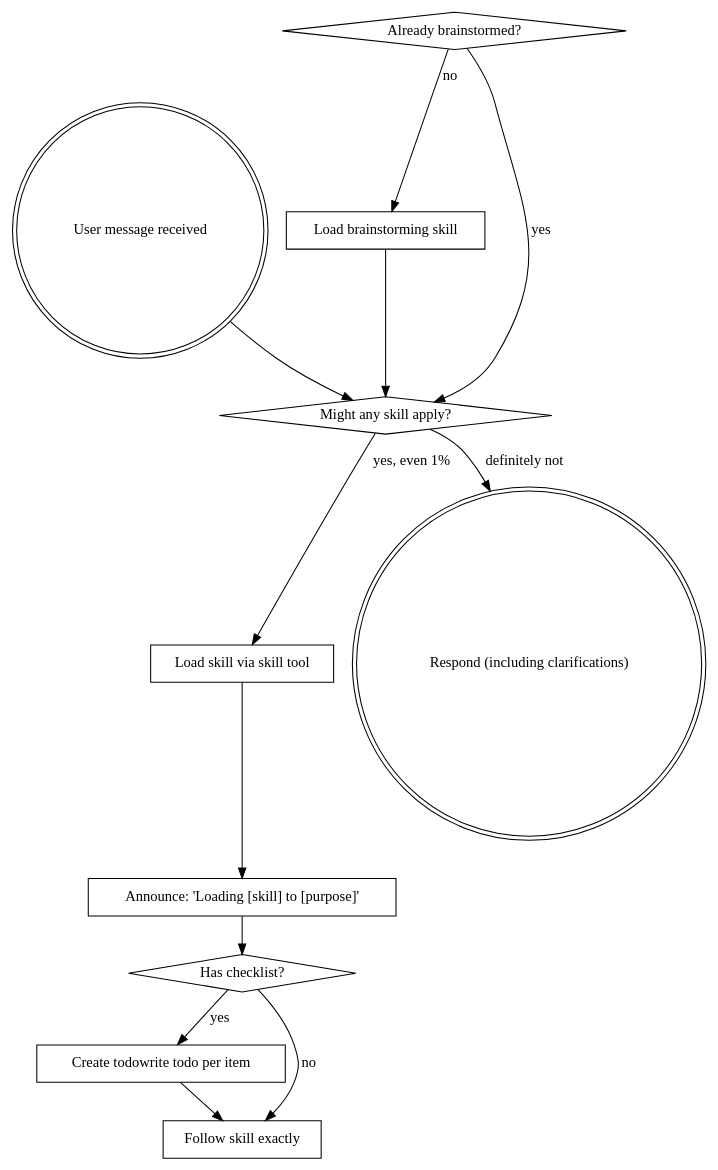
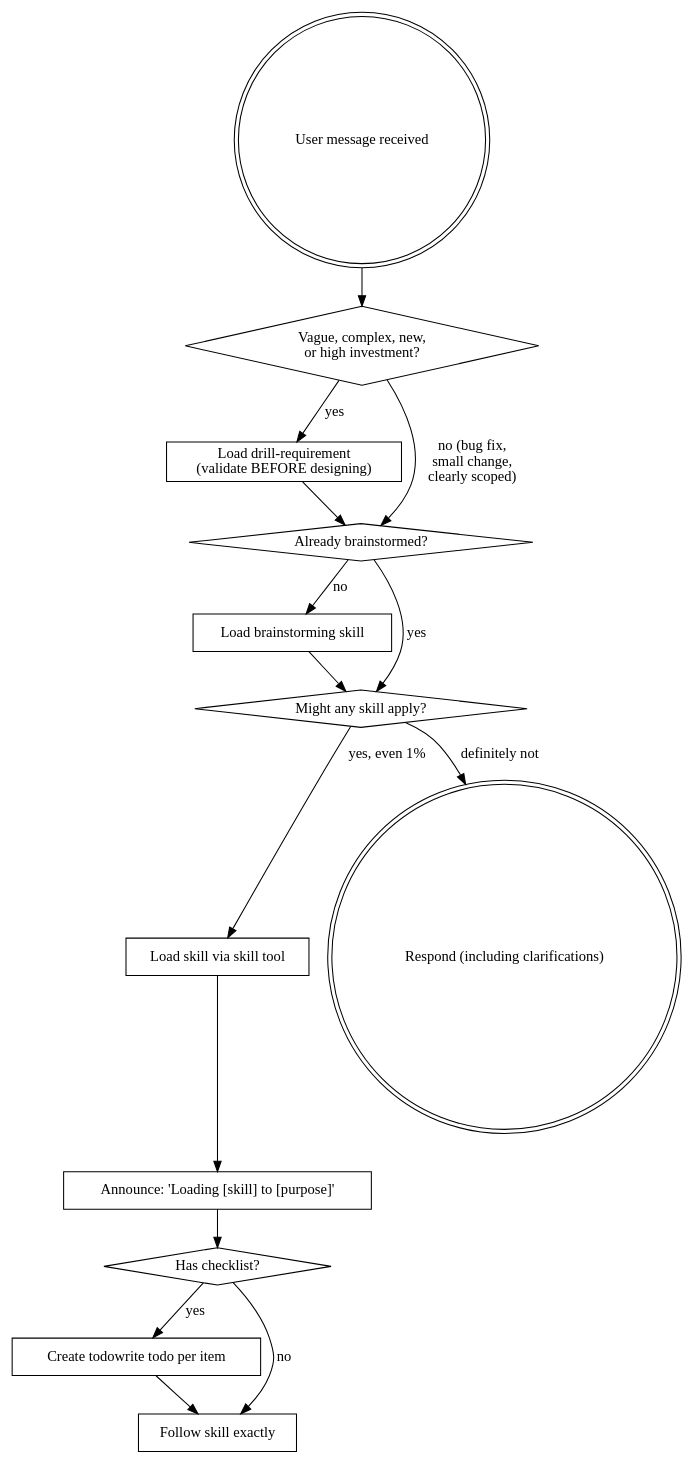
One commit to rimesoul/superpowers.opencode changed the diagram in skills/using-superpowers/SKILL.md. Above: the diagram before and after it, drawn with Graphviz. The commit also changed other lines of this file, not shown here.

First line of the commit message:
fix: enforce drill-requirement gate before brainstorming in skill priority and flowchart

````diff
--- a/skills/using-superpowers/SKILL.md
+++ b/skills/using-superpowers/SKILL.md
@@ -53,27 +53,33 @@
 ```dot
 digraph skill_flow {
     "User message received" [shape=doublecircle];
+    "Vague, complex, new,\nor high investment?" [shape=diamond];
+    "Load drill-requirement\n(validate BEFORE designing)" [shape=box];
     "Already brainstormed?" [shape=diamond];
     "Load brainstorming skill" [shape=box];
     "Might any skill apply?" [shape=diamond];
     "Load skill via skill tool" [shape=box];
     "Announce: 'Loading [skill] to [purpose]'" [shape=box];
     "Has checklist?" [shape=diamond];
     "Create todowrite todo per item" [shape=box];
     "Follow skill exactly" [shape=box];
     "Respond (including clarifications)" [shape=doublecircle];
 
+    "User message received" -> "Vague, complex, new,\nor high investment?";
+    "Vague, complex, new,\nor high investment?" -> "Load drill-requirement\n(validate BEFORE designing)" [label="yes"];
+    "Vague, complex, new,\nor high investment?" -> "Already brainstormed?" [label="no (bug fix,\nsmall change,\nclearly scoped)"];
+    "Load drill-requirement\n(validate BEFORE designing)" -> "Already brainstormed?";
+
     "Already brainstormed?" -> "Load brainstorming skill" [label="no"];
     "Already brainstormed?" -> "Might any skill apply?" [label="yes"];
     "Load brainstorming skill" -> "Might any skill apply?";
 
-    "User message received" -> "Might any skill apply?";
     "Might any skill apply?" -> "Load skill via skill tool" [label="yes, even 1%"];
     "Might any skill apply?" -> "Respond (including clarifications)" [label="definitely not"];
     "Load skill via skill tool" -> "Announce: 'Loading [skill] to [purpose]'";
     "Announce: 'Loading [skill] to [purpose]'" -> "Has checklist?";
     "Has checklist?" -> "Create todowrite todo per item" [label="yes"];
     "Has checklist?" -> "Follow skill exactly" [label="no"];
     "Create todowrite todo per item" -> "Follow skill exactly";
 }
 ```
````
